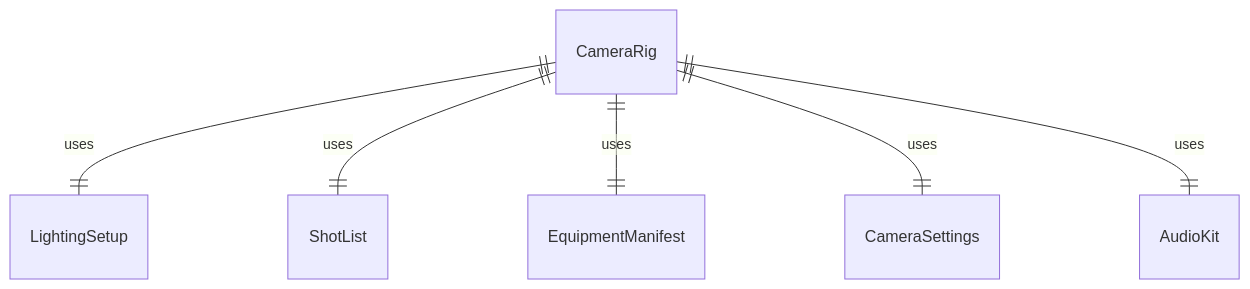
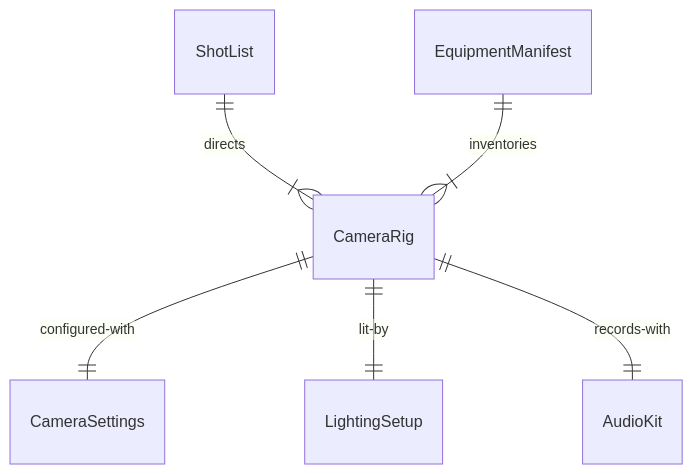
One commit to dot-org-ai/tasks.org.ai changed the first of 4 diagrams in HandlingAndMovingObjects/SetUpEquipment/SetUpStillVideoCameras.mdx. Above: the diagram before and after it, drawn with Mermaid. The commit also changed other lines of this file and 515 other files, not shown here.

````diff
--- a/HandlingAndMovingObjects/SetUpEquipment/SetUpStillVideoCameras.mdx
+++ b/HandlingAndMovingObjects/SetUpEquipment/SetUpStillVideoCameras.mdx
@@ -86,8 +86,8 @@
 ```mermaid
 erDiagram
-    CameraRig ||--|| LightingSetup : "uses"
-    CameraRig ||--|| ShotList : "uses"
-    CameraRig ||--|| EquipmentManifest : "uses"
-    CameraRig ||--|| CameraSettings : "uses"
-    CameraRig ||--|| AudioKit : "uses"
+    ShotList ||--|{ CameraRig : "directs"
+    CameraRig ||--|| CameraSettings : "configured-with"
+    CameraRig ||--|| LightingSetup : "lit-by"
+    CameraRig ||--|| AudioKit : "records-with"
+    EquipmentManifest ||--|{ CameraRig : "inventories"
 ```
````
